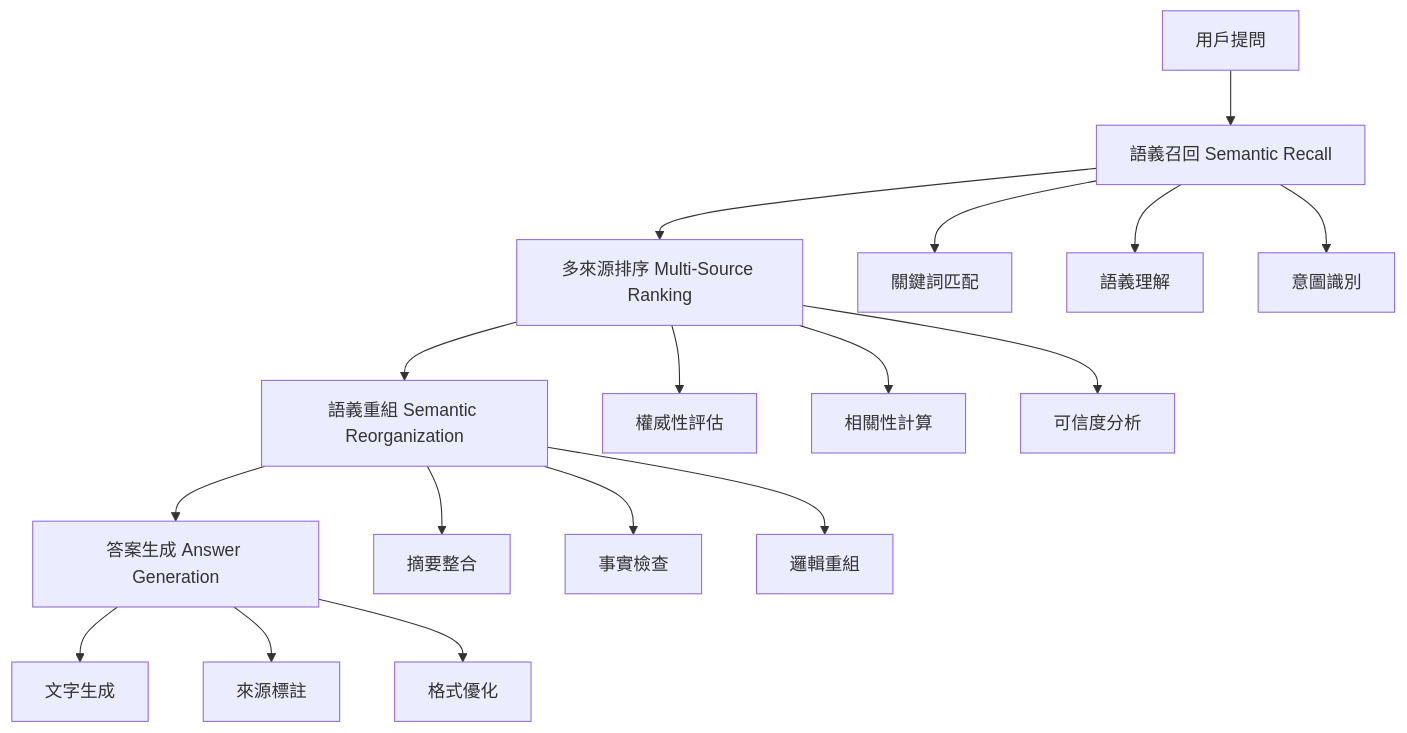
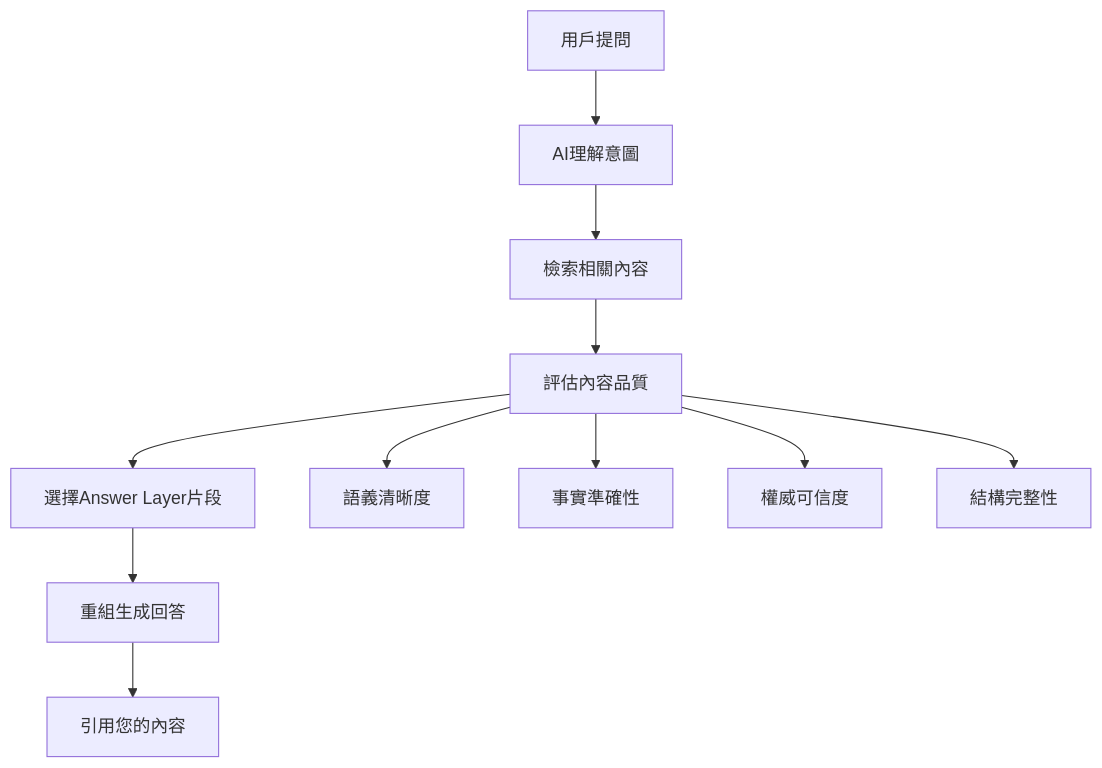
The diagram in posts/answer-layer-design.md (bless25min/AIOGEO-Knowledge), drawn with Mermaid before and after one commit. The commit also changed other lines of this file, not shown here.

````diff
--- a/posts/answer-layer-design.md
+++ b/posts/answer-layer-design.md
@@ -13,23 +21,14 @@
 ```mermaid
 graph TD
-    A[用戶提問] --> B[語義召回 Semantic Recall]
-    B --> C[多來源排序 Multi-Source Ranking]  
-    C --> D[語義重組 Semantic Reorganization]
-    D --> E[答案生成 Answer Generation]
+    A[用戶提問] --> B[AI理解意圖]
+    B --> C[檢索相關內容]
+    C --> D[評估內容品質]
+    D --> E[選擇Answer Layer片段]
+    E --> F[重組生成回答]
+    F --> G[引用您的內容]
     
-    B --> B1[關鍵詞匹配]
-    B --> B2[語義理解]
-    B --> B3[意圖識別]
-    
-    C --> C1[權威性評估]
-    C --> C2[相關性計算]
-    C --> C3[可信度分析]
-    
-    D --> D1[摘要整合]
-    D --> D2[事實檢查]
-    D --> D3[邏輯重組]
-    
-    E --> E1[文字生成]
-    E --> E2[來源標註]
-    E --> E3[格式優化]
+    D --> D1[語義清晰度]
+    D --> D2[事實準確性]  
+    D --> D3[權威可信度]
+    D --> D4[結構完整性]
 ```
````
